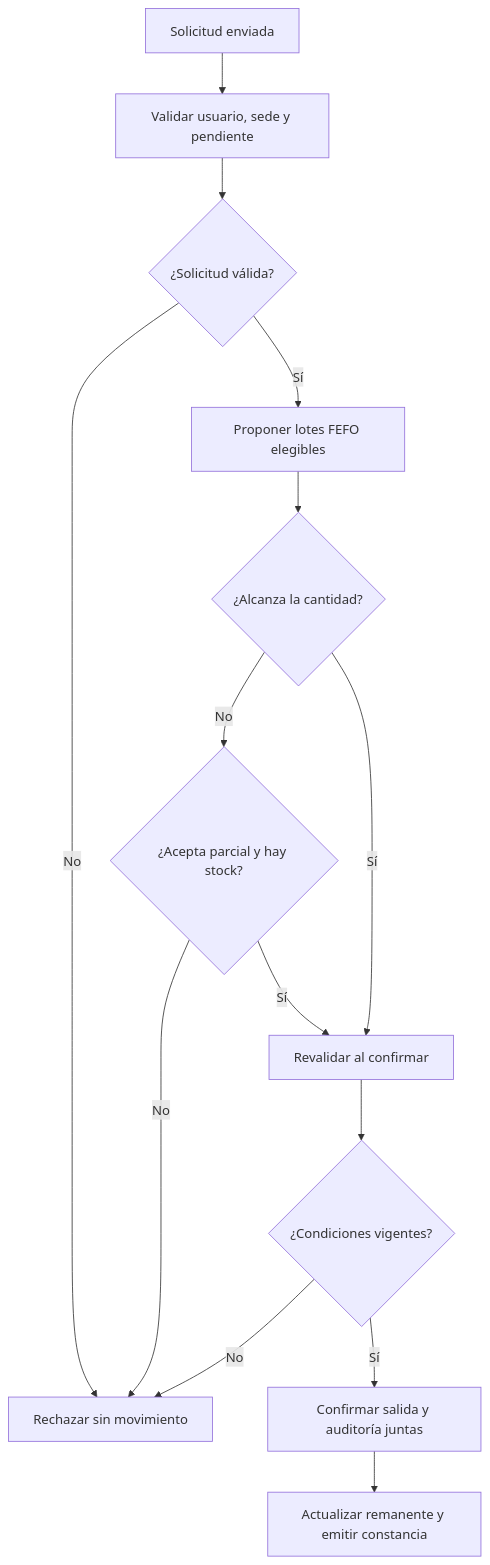
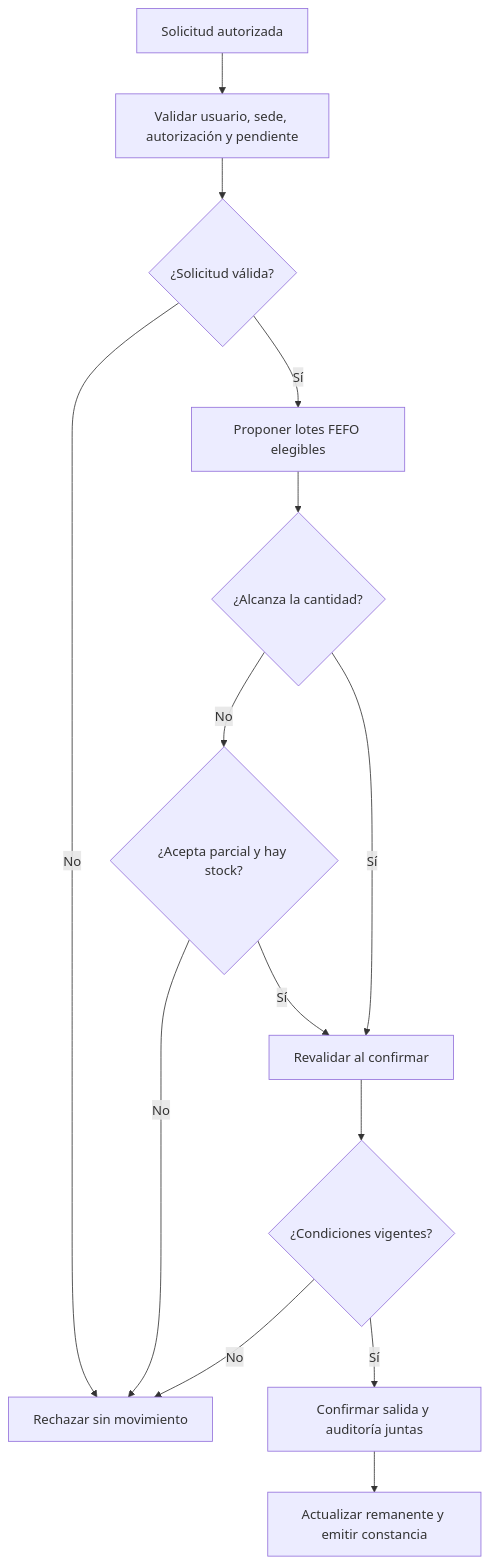
The first of 2 diagrams in specs/analisis/05-procesos-del-negocio.md (alexandergdlc/medstock), drawn with Mermaid before and after one commit. The commit also changed other lines of this file and 65 other files, not shown here.

Commit message:
docs: refina análisis logístico, diagramas y Kanban (#7)

````diff
--- a/specs/analisis/05-procesos-del-negocio.md
+++ b/specs/analisis/05-procesos-del-negocio.md
@@ -28,16 +28,16 @@
 ```mermaid
 flowchart TD
-    A["Solicitud enviada"] --> B["Validar usuario, sede y pendiente"]
+    A["Solicitud autorizada"] --> B["Validar usuario, sede, autorización y pendiente"]
     B --> C{"¿Solicitud válida?"}
     C -->|No| X["Rechazar sin movimiento"]
     C -->|Sí| D["Proponer lotes FEFO elegibles"]
     D --> E{"¿Alcanza la cantidad?"}
     E -->|No| P{"¿Acepta parcial y hay stock?"}
     P -->|No| X
     P -->|Sí| R["Revalidar al confirmar"]
     E -->|Sí| R
     R --> V{"¿Condiciones vigentes?"}
     V -->|No| X
     V -->|Sí| T["Confirmar salida y auditoría juntas"]
     T --> Q["Actualizar remanente y emitir constancia"]
 ```
````
